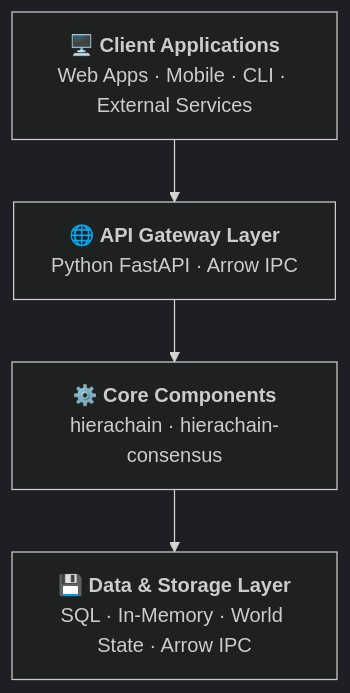
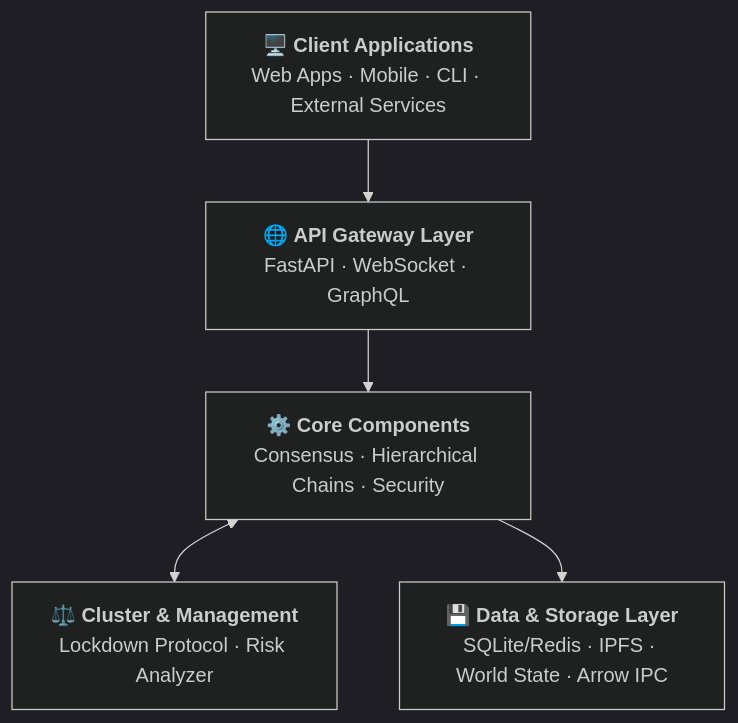
The first of 11 diagrams in docs/ARCHITECTURE.md (VanDung-dev/HieraChain), drawn with Mermaid (dark theme) before and after one commit. The commit also changed other lines of this file and 2 other files, not shown here.

First line of the commit message:
docs: update architecture documentation to pure Python and standardize markdown

````diff
--- a/docs/ARCHITECTURE.md
+++ b/docs/ARCHITECTURE.md
@@ -37,12 +32,16 @@
 ```mermaid
 flowchart TB
     CLIENT["🖥️ <b>Client Applications</b><br/>Web Apps · Mobile · CLI · External Services"]
     
-    API["🌐 <b>API Gateway Layer</b><br/>Python FastAPI · Arrow IPC"]
+    API["🌐 <b>API Gateway Layer</b><br/>FastAPI · WebSocket · GraphQL"]
     
-    CORE["⚙️ <b>Core Components</b><br/>hierachain · hierachain-consensus"]
+    CORE["⚙️ <b>Core Components</b><br/>Consensus · Hierarchical Chains · Security"]
     
-    STORAGE["💾 <b>Data & Storage Layer</b><br/>SQL · In-Memory · World State · Arrow IPC"]
+    CLUSTER["⚖️ <b>Cluster & Management</b><br/>Lockdown Protocol · Risk Analyzer"]
+    
+    STORAGE["💾 <b>Data & Storage Layer</b><br/>SQLite/Redis · IPFS · World State · Arrow IPC"]
 
-    CLIENT --> API --> CORE --> STORAGE
+    CLIENT --> API --> CORE
+    CORE <--> CLUSTER
+    CORE --> STORAGE
 ```
````
